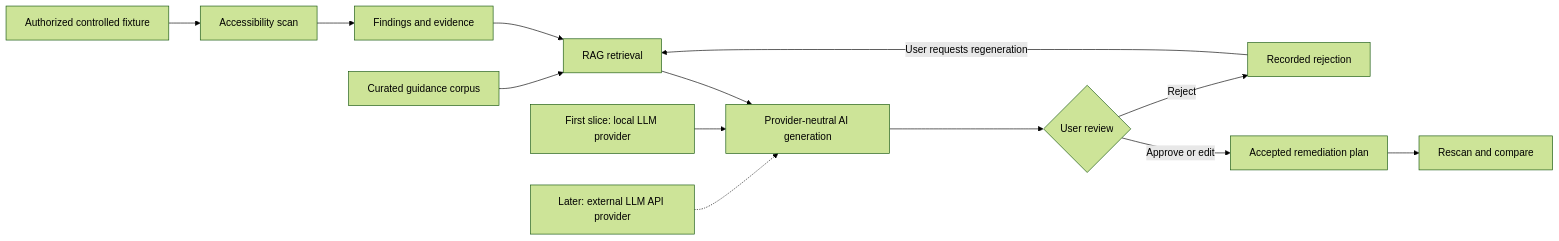
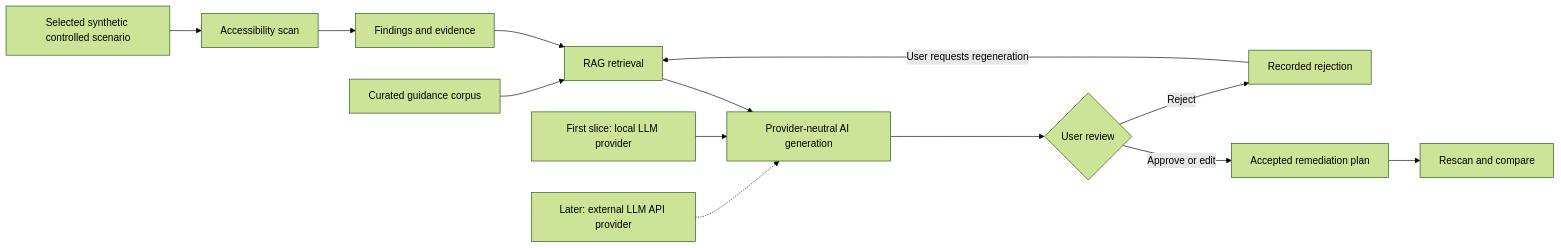
Before and after one commit to mmjosedaniel/a11y-evidence-lab: the diagram in docs/PROJECT_CONCEPT.md, drawn with Mermaid (forest theme). The commit also changed other lines of this file and 23 other files, not shown here.

Commit message:
docs: record planning architecture phase 2

````diff
--- a/docs/PROJECT_CONCEPT.md
+++ b/docs/PROJECT_CONCEPT.md
@@ -19,15 +19,15 @@
 ```mermaid
 flowchart LR
-    A[Authorized controlled fixture] --> B[Accessibility scan]
+    A[Selected synthetic controlled scenario] --> B[Accessibility scan]
     B --> C[Findings and evidence]
     D[Curated guidance corpus] --> E[RAG retrieval]
     C --> E
     E --> F[Provider-neutral AI generation]
     K[First slice: local LLM provider] --> F
     L[Later: external LLM API provider] -.-> F
     F --> G{User review}
     G -->|Approve or edit| H[Accepted remediation plan]
     G -->|Reject| I[Recorded rejection]
     I -->|User requests regeneration| E
     H --> J[Rescan and compare]
 ```
````
